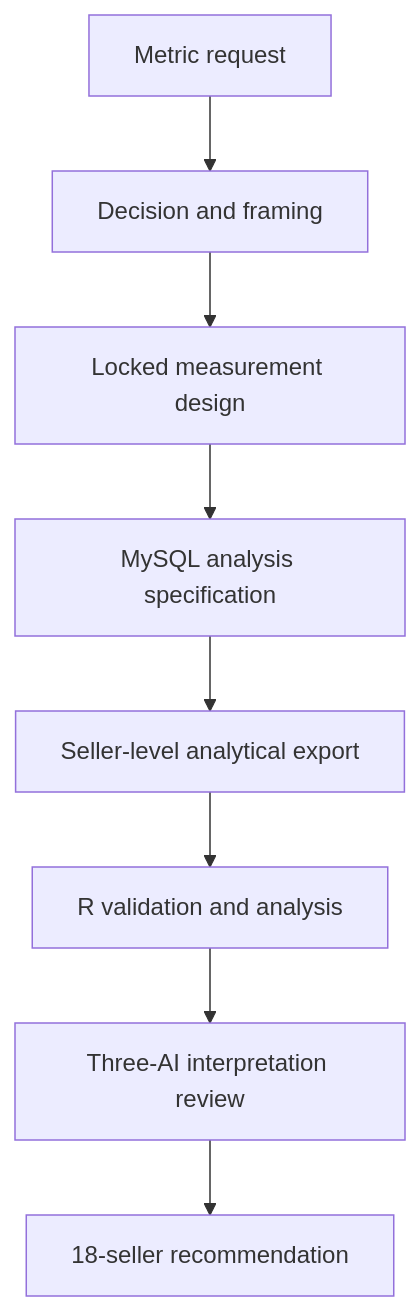
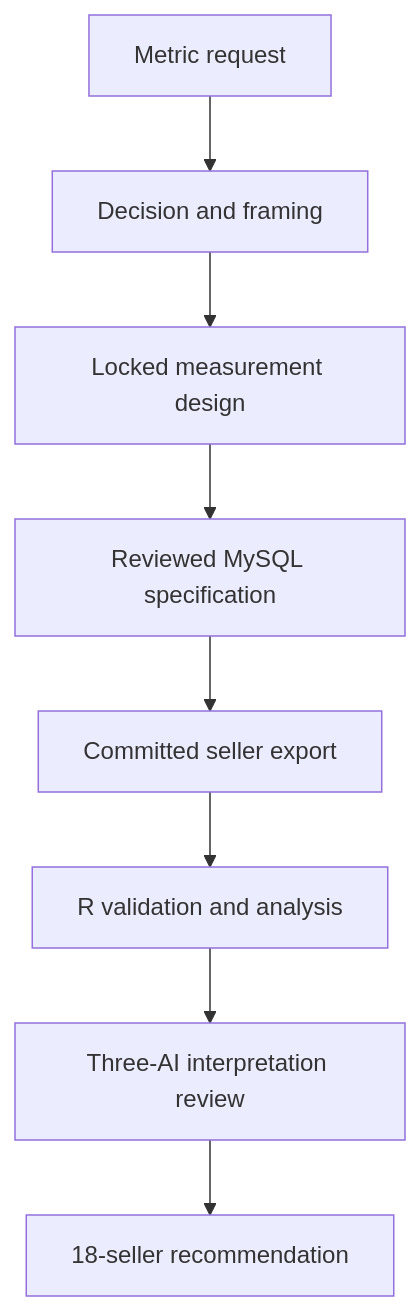
One commit to markjamesc/fulfilliq changed the diagram in README.md. Above: the diagram before and after it, drawn with Mermaid.

Commit message:
Make FulfillIQ evidence boundary explicit in workflow diagram

````diff
--- a/README.md
+++ b/README.md
@@ -33,10 +33,10 @@
 ```mermaid
 flowchart TD
     A["Metric request"] --> B["Decision and framing"]
     B --> C["Locked measurement design"]
-    C --> D["MySQL analysis specification"]
-    D --> E["Seller-level analytical export"]
+    C --> D["Reviewed MySQL specification"]
+    D --> E["Committed seller export"]
     E --> F["R validation and analysis"]
     F --> G["Three-AI interpretation review"]
     G --> H["18-seller recommendation"]
 ```
````
